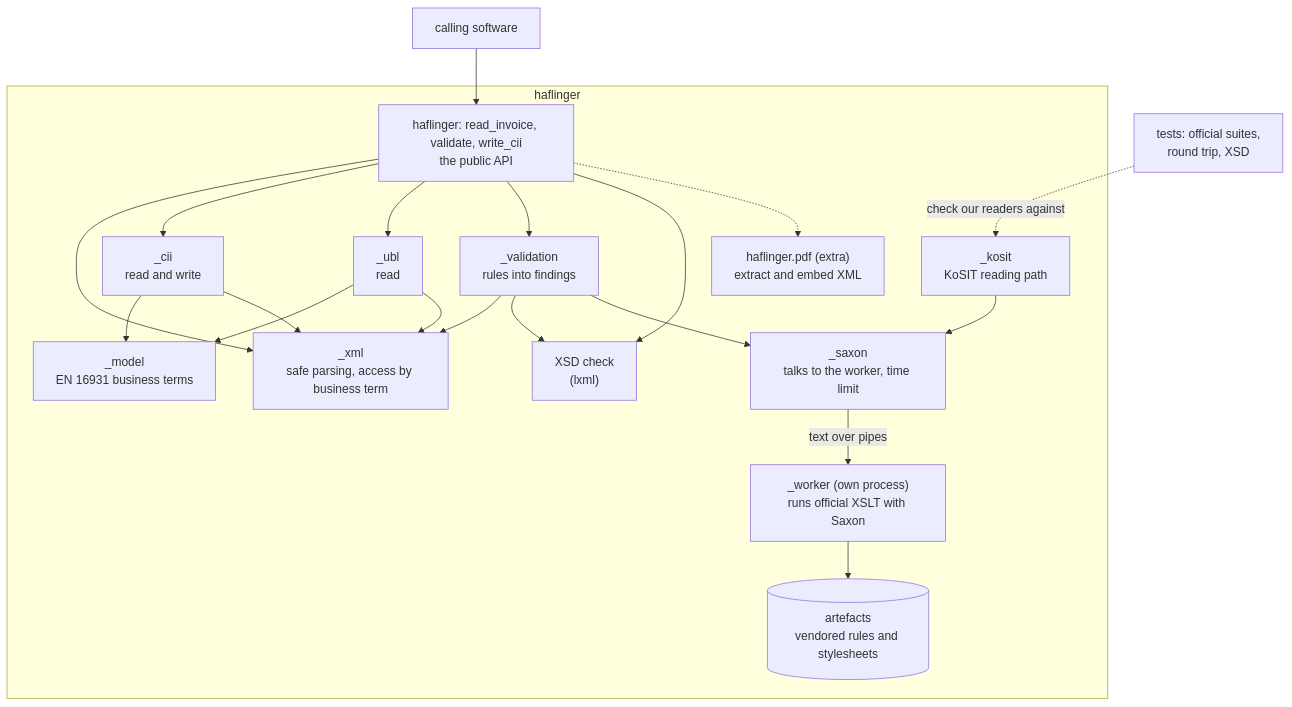
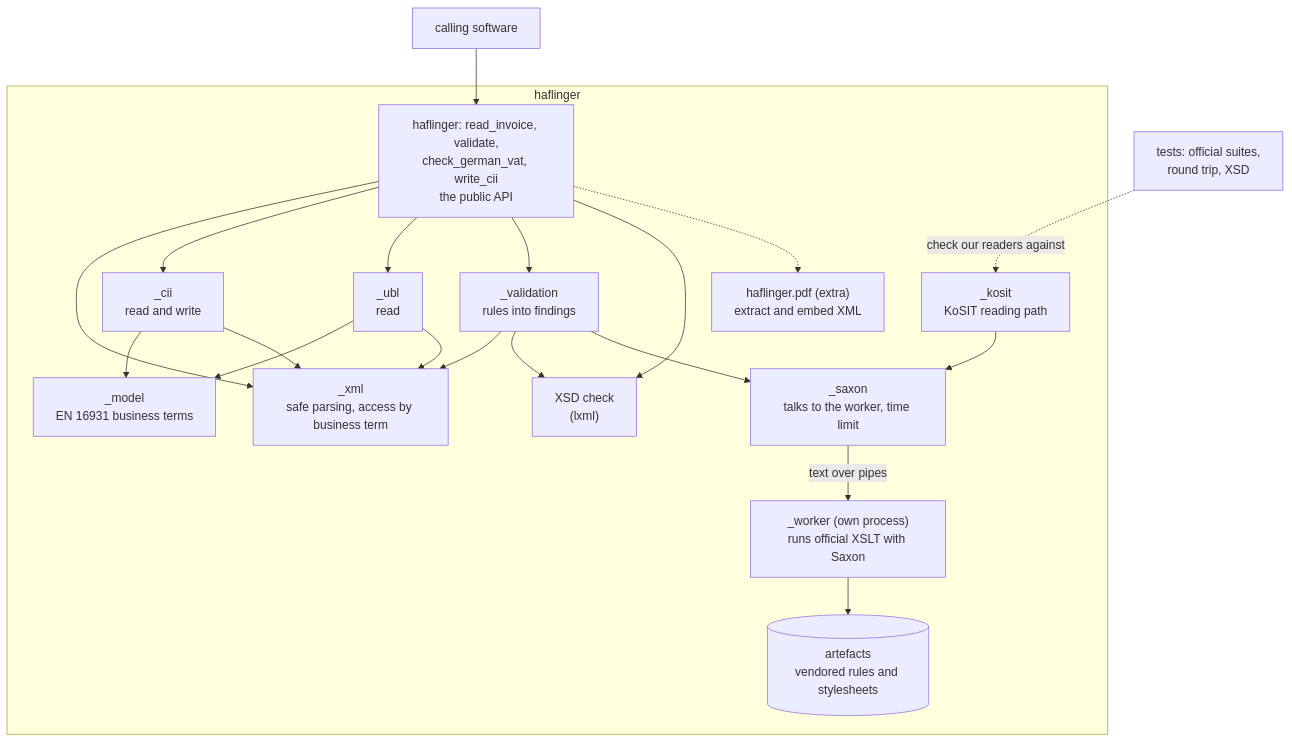
One commit to Interlusion/haflinger changed the second of 5 diagrams in docs/arc42/README.md. Above: the diagram before and after it, drawn with Mermaid. The commit also changed other lines of this file and 11 other files, not shown here.

First line of the commit message:
feat: check_german_vat, KoSIT's German rules on any profile (ADR-014)

````diff
--- a/docs/arc42/README.md
+++ b/docs/arc42/README.md
@@ -96,35 +96,35 @@
 ```mermaid
 flowchart TB
     subgraph lib["haflinger"]
-        api["haflinger: read_invoice, validate, write_cii<br/>the public API"]
+        api["haflinger: read_invoice, validate,<br/>check_german_vat, write_cii<br/>the public API"]
         model["_model<br/>EN 16931 business terms"]
         safe["_xml<br/>safe parsing, access by business term"]
         cii["_cii<br/>read and write"]
         ubl["_ubl<br/>read"]
         validate["_validation<br/>rules into findings"]
         xsd["XSD check<br/>(lxml)"]
         kosit["_kosit<br/>KoSIT reading path"]
         saxon["_saxon<br/>talks to the worker, time limit"]
         worker["_worker (own process)<br/>runs official XSLT with Saxon"]
         artefacts[("artefacts<br/>vendored rules and stylesheets")]
         pdf["haflinger.pdf (extra)<br/>extract and embed XML"]
     end
     caller["calling software"]
     tests["tests: official suites,<br/>round trip, XSD"]
 
     caller --> api
     api --> safe
     api --> cii & ubl
     api --> validate
     api --> xsd
     api -.-> pdf
     validate --> safe
     validate --> xsd
     cii & ubl --> model
     cii & ubl --> safe
     validate --> saxon
     kosit --> saxon
     saxon -- "text over pipes" --> worker
     worker --> artefacts
     tests -. "check our readers against" .-> kosit
 ```
````
